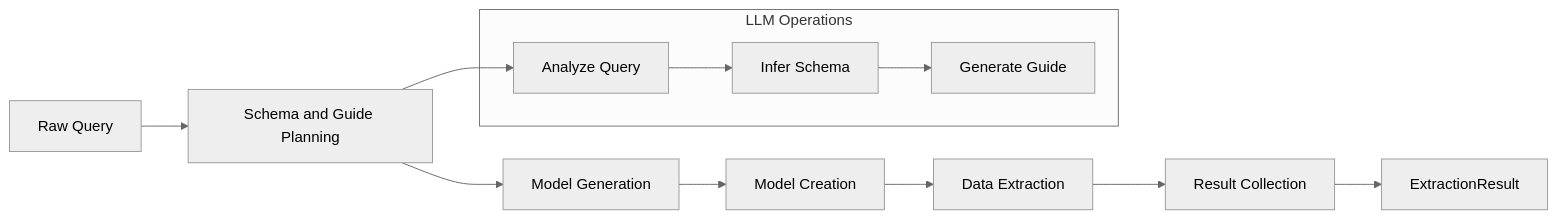
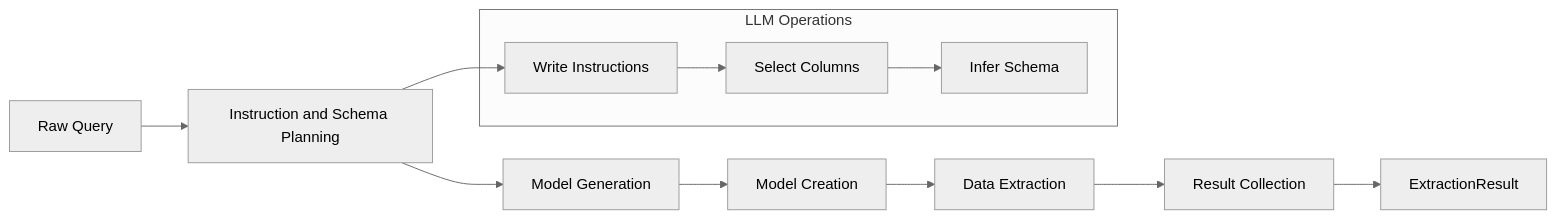
The first of 2 diagrams in docs/guides/basic-extraction.md (Blacksuan19/structx), drawn with Mermaid (neutral theme) before and after one commit. The commit also changed other lines of this file and 15 other files, not shown here.

````diff
--- a/docs/guides/basic-extraction.md
+++ b/docs/guides/basic-extraction.md
@@ -21,16 +21,16 @@
 ```mermaid
 graph LR
-    A[Raw Query] --> B[Schema and Guide Planning]
+    A[Raw Query] --> B[Instruction and Schema Planning]
     B --> C[Model Generation]
     C --> D[Model Creation]
     D --> E[Data Extraction]
     E --> F[Result Collection]
     F --> G[ExtractionResult]
 
     subgraph "LLM Operations"
-        B1[Analyze Query] --> B2[Infer Schema]
-        B2 --> B3[Generate Guide]
+        B1[Write Instructions] --> B2[Select Columns]
+        B2 --> B3[Infer Schema]
     end
 
     B --> B1
 ```
````
